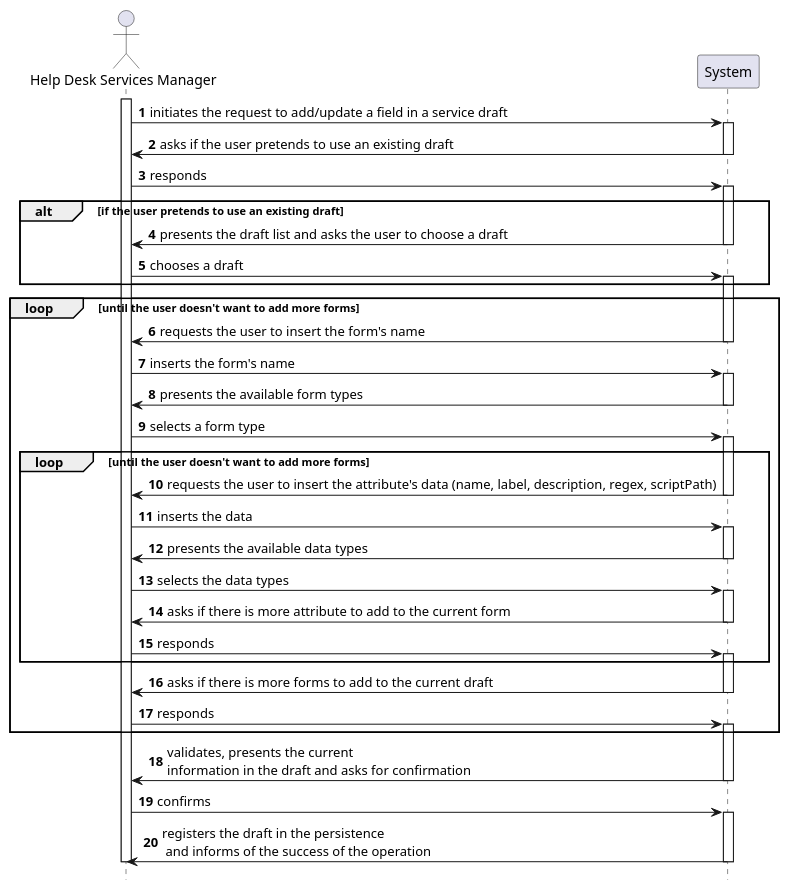
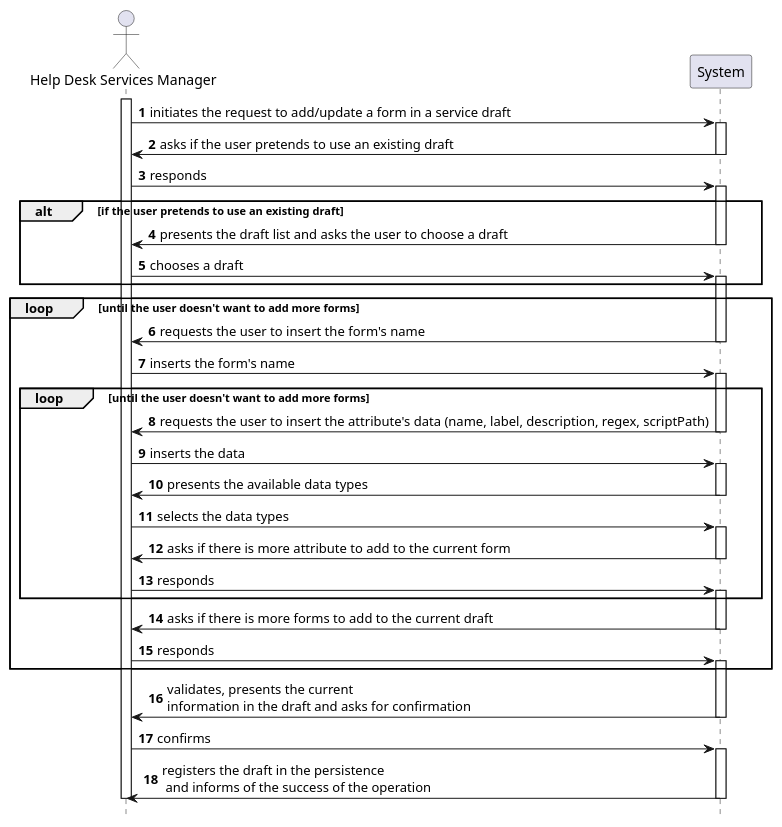
The diagram in doc/engenharia/SprintC/1190967/US-1-2002_ServiceSpecification/DraftFormSpecification/US-1-2002_SSD.puml (tiagoavcosta25/LAPR4), drawn with PlantUML before and after one commit. The commit also changed 4 other files, not shown here.

```diff
--- a/doc/engenharia/SprintC/1190967/US-1-2002_ServiceSpecification/DraftFormSpecification/US-1-2002_SSD.puml
+++ b/doc/engenharia/SprintC/1190967/US-1-2002_ServiceSpecification/DraftFormSpecification/US-1-2002_SSD.puml
@@ -1,78 +1,72 @@
 @startuml
 autonumber
 hide footbox
 
 actor "Help Desk Services Manager" as HSM
 participant "System" as SYST
 
 activate HSM
 
-HSM -> SYST : initiates the request to add/update a field in a service draft
+HSM -> SYST : initiates the request to add/update a form in a service draft
 activate SYST
 
 SYST -> HSM : asks if the user pretends to use an existing draft
 deactivate SYST
 
 HSM -> SYST : responds
 activate SYST
 
 alt if the user pretends to use an existing draft
 
 SYST -> HSM : presents the draft list and asks the user to choose a draft
 deactivate SYST
 
 HSM -> SYST : chooses a draft
 activate SYST
 end
 
 loop until the user doesn't want to add more forms
 SYST -> HSM : requests the user to insert the form's name
 deactivate SYST
 
 HSM -> SYST : inserts the form's name
-activate SYST
-
-SYST -> HSM : presents the available form types
-deactivate SYST
-
-HSM -> SYST : selects a form type
 activate SYST
 
 loop until the user doesn't want to add more forms
 SYST -> HSM : requests the user to insert the attribute's data (name, label, description, regex, scriptPath)
 deactivate SYST
 
 HSM -> SYST : inserts the data
 activate SYST
 
 SYST -> HSM : presents the available data types
 deactivate SYST
 
 HSM -> SYST : selects the data types
 activate SYST
 
 SYST -> HSM : asks if there is more attribute to add to the current form
 deactivate SYST
 
 HSM -> SYST : responds
 activate SYST
 end
 
 SYST -> HSM : asks if there is more forms to add to the current draft
 deactivate SYST
 
 HSM -> SYST : responds
 activate SYST
 end
 
 SYST -> HSM : validates, presents the current \ninformation in the draft and asks for confirmation
 deactivate SYST
 
 HSM -> SYST : confirms
 activate SYST
 
 SYST -> HSM : registers the draft in the persistence\n and informs of the success of the operation
 deactivate SYST
 deactivate HSM
 
 @enduml
```
